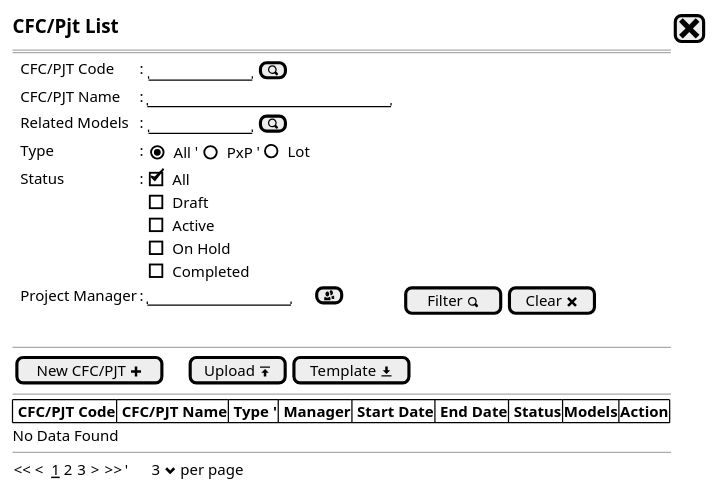
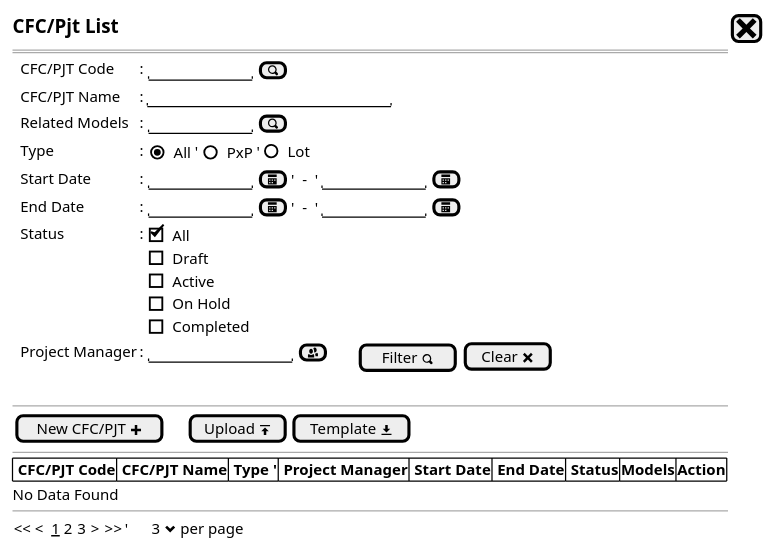
The diagram in Project/project - new step0.puml (ari-fikri/packing-cost-mockup), drawn with PlantUML before and after one commit. The commit also changed 2 other files, not shown here.

Commit message:
Project CRUD - Add start/end date filter - Add lookup project mgr button - CFC/Pjt Code to replace Project Code in header and field name

```diff
--- a/Project/project - new step0.puml
+++ b/Project/project - new step0.puml
@@ -1,35 +1,37 @@
 @startsalt
 {
   <size:15><b>CFC/Pjt List|[<size:25><&x>]|*
   ==
   {
     .|CFC/PJT Code      |: {|"          "|[<&magnifying-glass>]|}*
     .|CFC/PJT Name      |: |"                        "|*    
     .|Related Models    |: {|"          "| [<&magnifying-glass>]|}*
     .|Type              |: {|{(X)All}   '|    {()PxP}        '|   ()Lot}
+    .|Start Date        |: {"          "|[<&calendar>] |'  -  '| "          "|[<&calendar>]  }*
+    .|End Date          |: {"          "|[<&calendar>] |'  -  '| "          "|[<&calendar>]  }*
     .|Status |:|
     {
       [X] All
       [] Draft
       [] Active
       [] On Hold
       [] Completed
     }|*
-    .|Project Manager |: |"              "|[<&people>]|.|[Filter <&magnifying-glass>]|[Clear <&x>]
+    .|Project Manager |: {|"              "|[<&people>]|.|.|.|.||[Filter <&magnifying-glass>]}|[Clear <&x>]
   }
   .
   --
   {
   [New CFC/PJT <&plus>]|.|.|.|[Upload <&data-transfer-upload>]| [Template <&data-transfer-download>]|*
   }
   --
   {#
-    |<b> CFC/PJT Code|<b> CFC/PJT Name          |<b> Type '|<b> Manager         |<b> Start Date |<b> End Date   |<b> Status     |<b>Models     |<b>Action |*|*|*|*|*|*|*
+    |<b> CFC/PJT Code|<b> CFC/PJT Name          |<b> Type '|<b> Project Manager         |<b> Start Date |<b> End Date   |<b> Status     |<b>Models     |<b>Action |*|*|*|*|*|*|*
   }
   No Data Found
   --
   {
   << <  __1__ 2 3  > >>  |'      3 <&chevron-bottom> per page |*
   }
 }
 @endsalt
```
